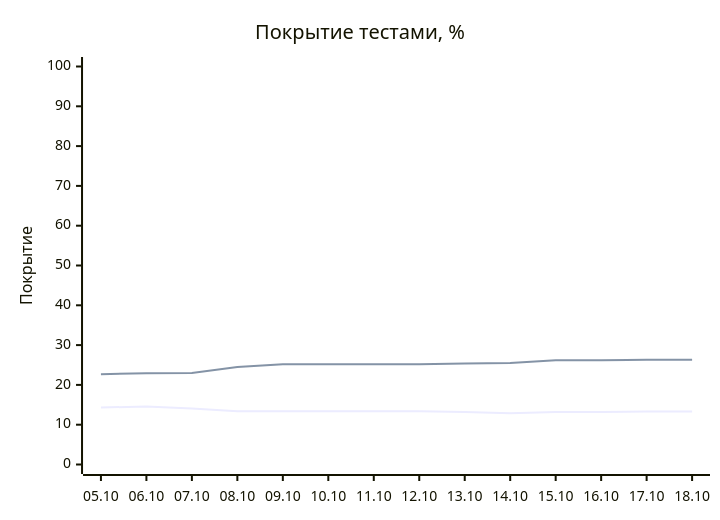
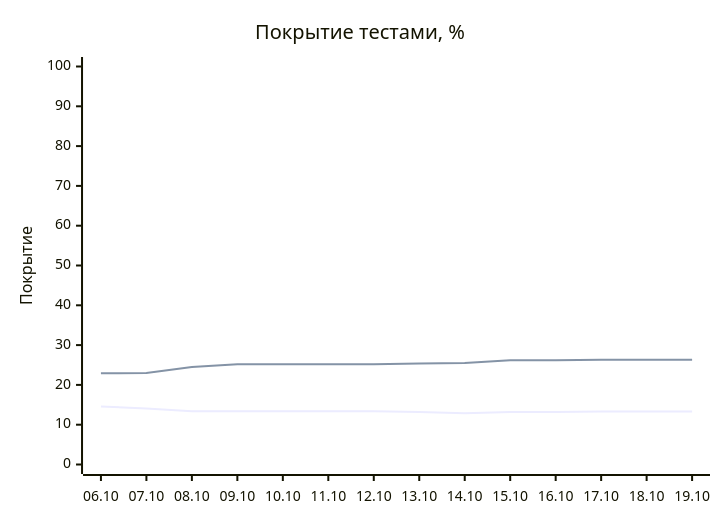
One commit to EvgeniBondarev/coverage-report changed the diagram in README.md. Above: the diagram before and after it, drawn with Mermaid. The commit also changed other lines of this file and 3097 other files, not shown here.

````diff
--- a/README.md
+++ b/README.md
@@ -19,8 +19,8 @@
 ```mermaid
 xychart-beta
     title "Покрытие тестами, %"
-    x-axis ["05.10", "06.10", "07.10", "08.10", "09.10", "10.10", "11.10", "12.10", "13.10", "14.10", "15.10", "16.10", "17.10", "18.10"]
+    x-axis ["06.10", "07.10", "08.10", "09.10", "10.10", "11.10", "12.10", "13.10", "14.10", "15.10", "16.10", "17.10", "18.10", "19.10"]
     y-axis "Покрытие" 0 --> 100
-    line [14.3, 14.6, 14.1, 13.4, 13.4, 13.4, 13.4, 13.4, 13.2, 12.9, 13.2, 13.2, 13.3, 13.3]
-    line [22.7, 22.9, 23, 24.5, 25.2, 25.2, 25.2, 25.2, 25.4, 25.5, 26.2, 26.2, 26.3, 26.3]
+    line [14.6, 14.1, 13.4, 13.4, 13.4, 13.4, 13.4, 13.2, 12.9, 13.2, 13.2, 13.3, 13.3, 13.3]
+    line [22.9, 23, 24.5, 25.2, 25.2, 25.2, 25.2, 25.4, 25.5, 26.2, 26.2, 26.3, 26.3, 26.3]
 ```
````
